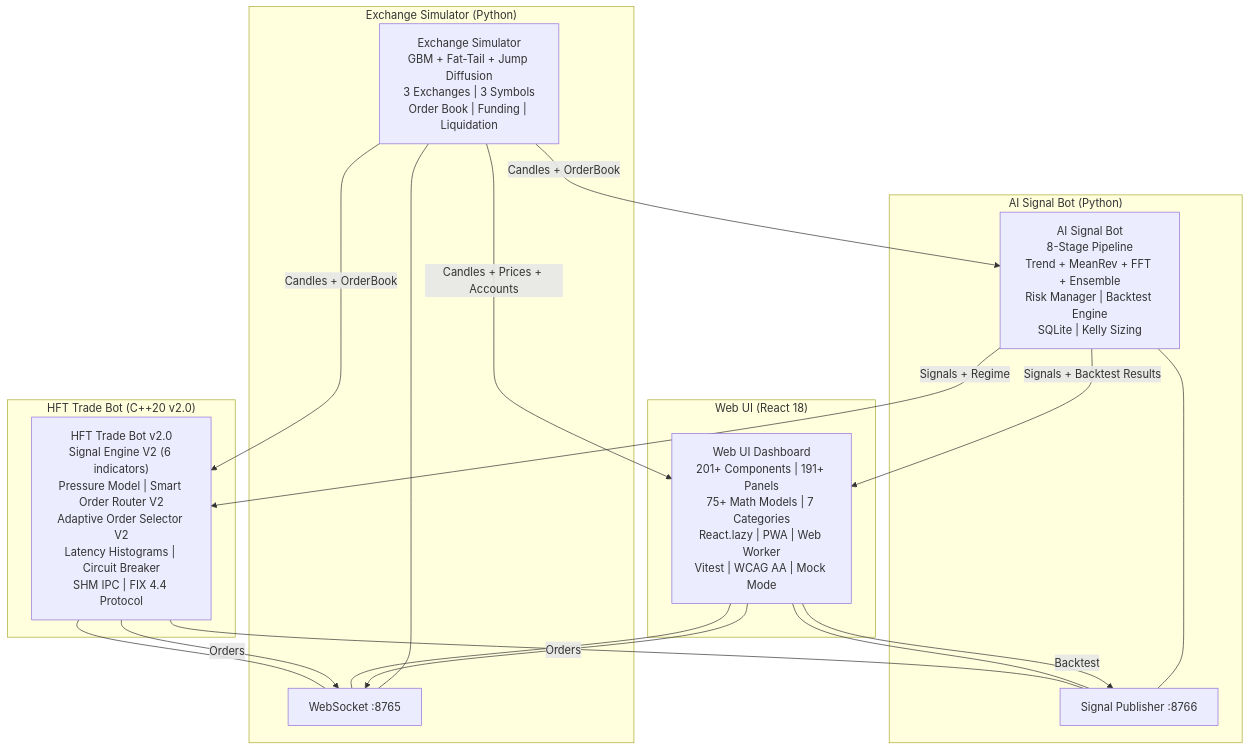
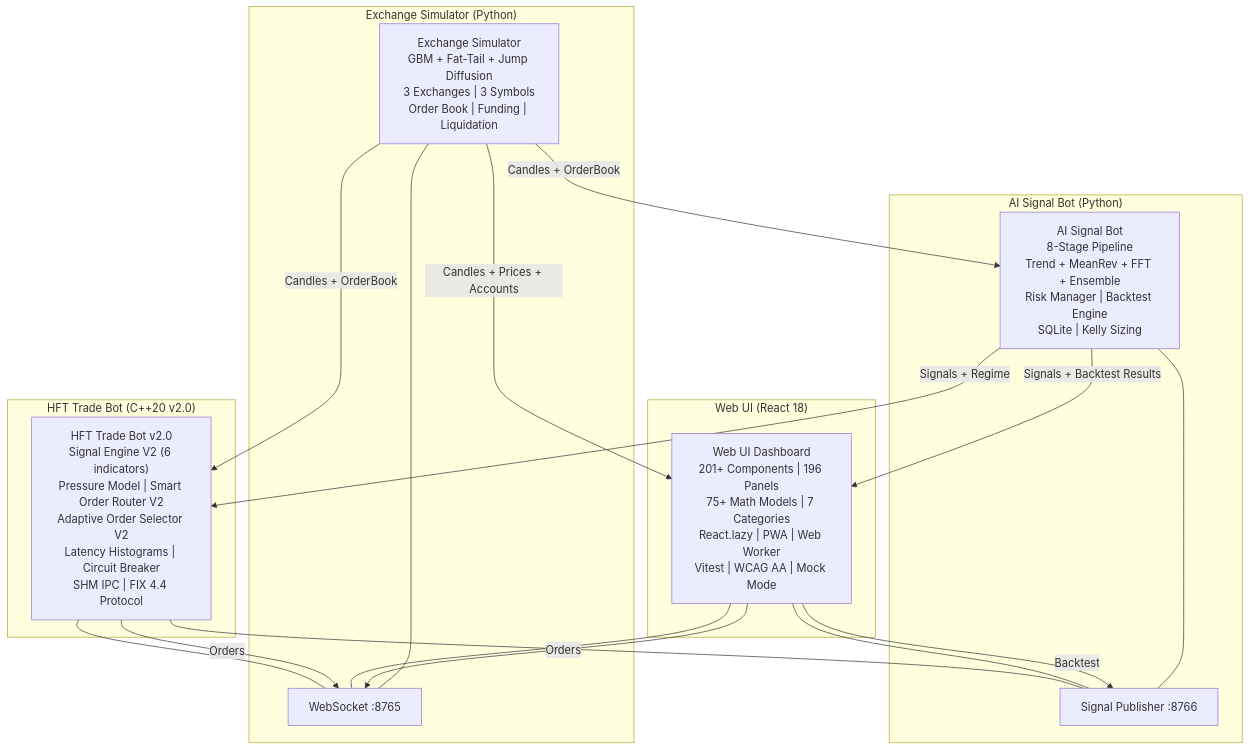
The diagram in docs/ARCHITECTURE.md (ezpectus/HFT-trading-simulator), drawn with Mermaid before and after one commit. The commit also changed other lines of this file and 38 other files, not shown here.

````diff
--- a/docs/ARCHITECTURE.md
+++ b/docs/ARCHITECTURE.md
@@ -7,35 +7,35 @@
 ```mermaid
 graph TB
     subgraph "Exchange Simulator (Python)"
         ES["Exchange Simulator<br/>GBM + Fat-Tail + Jump Diffusion<br/>3 Exchanges | 3 Symbols<br/>Order Book | Funding | Liquidation"]
         WS8765[WebSocket :8765]
         WS8765 --- ES
     end
 
     subgraph "AI Signal Bot (Python)"
         AI["AI Signal Bot<br/>8-Stage Pipeline<br/>Trend + MeanRev + FFT + Ensemble<br/>Risk Manager | Backtest Engine<br/>SQLite | Kelly Sizing"]
         WS8766[Signal Publisher :8766]
         WS8766 --- AI
     end
 
     subgraph "HFT Trade Bot (C++20 v2.0)"
         HFT["HFT Trade Bot v2.0<br/>Signal Engine V2 (6 indicators)<br/>Pressure Model | Smart Order Router V2<br/>Adaptive Order Selector V2<br/>Latency Histograms | Circuit Breaker<br/>SHM IPC | FIX 4.4 Protocol"]
         HFT --- WS8765
         HFT --- WS8766
         HFT -->|Orders| WS8765
     end
 
     subgraph "Web UI (React 18)"
-        UI["Web UI Dashboard<br/>201+ Components | 191+ Panels<br/>75+ Math Models | 7 Categories<br/>React.lazy | PWA | Web Worker<br/>Vitest | WCAG AA | Mock Mode"]
+        UI["Web UI Dashboard<br/>201+ Components | 196 Panels<br/>75+ Math Models | 7 Categories<br/>React.lazy | PWA | Web Worker<br/>Vitest | WCAG AA | Mock Mode"]
         UI --- WS8765
         UI --- WS8766
         UI -->|Orders| WS8765
         UI -->|Backtest| WS8766
     end
 
     ES -->|Candles + OrderBook| AI
     ES -->|Candles + OrderBook| HFT
     ES -->|Candles + Prices + Accounts| UI
     AI -->|Signals + Regime| HFT
     AI -->|Signals + Backtest Results| UI
 ```
````
